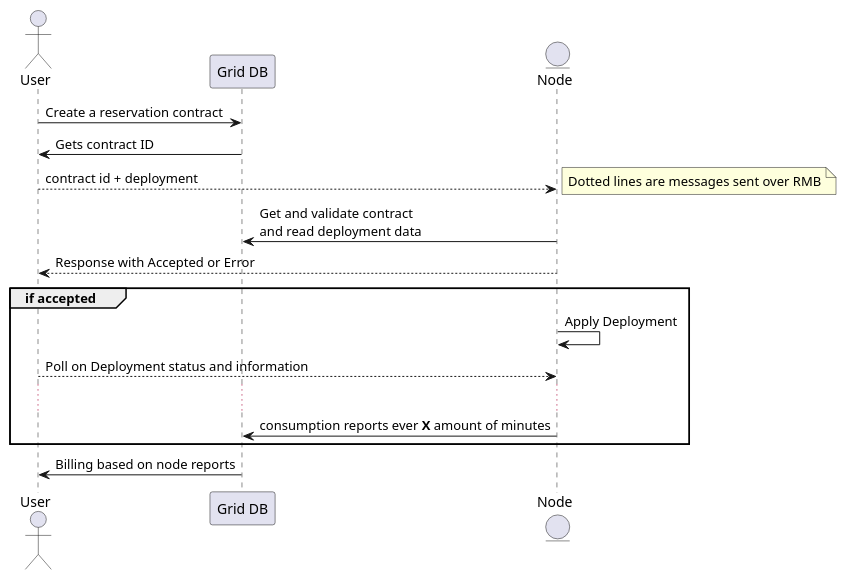
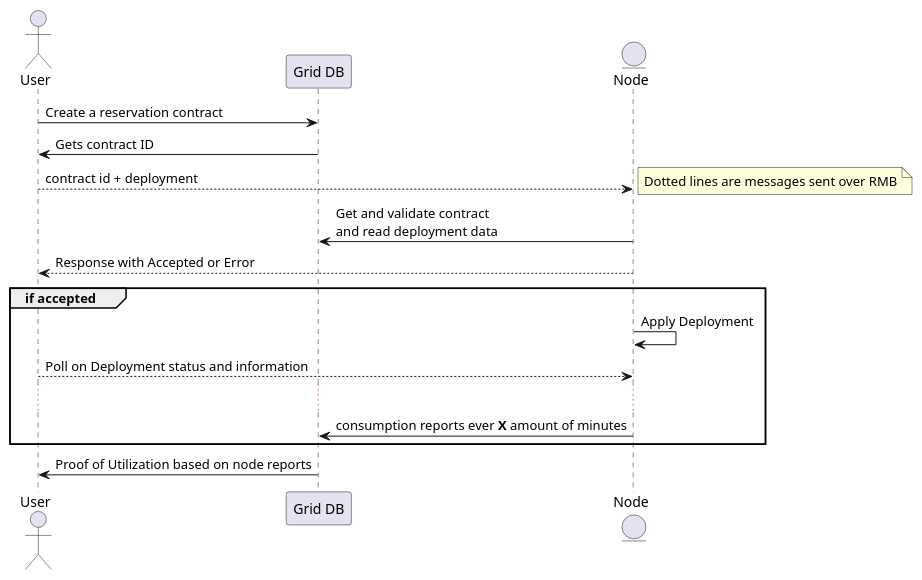
The diagram in wiki/architecture/uml/sequence.wsd (threefoldtecharchive/info_manual3), drawn with PlantUML before and after one commit. The commit also changed 9 other files, not shown here.

```diff
--- a/wiki/architecture/uml/sequence.wsd
+++ b/wiki/architecture/uml/sequence.wsd
@@ -1,21 +1,21 @@
 @startuml
 actor User as user
 participant "Grid DB" as db
 entity "Node" as node
 
 user -> db: Create a reservation contract
 db -> user: Gets contract ID
 user --> node: contract id + deployment
 note right
     Dotted lines are messages sent over RMB
 end note
 node -> db: Get and validate contract\nand read deployment data
 node --> user: Response with Accepted or Error
 group if accepted
     node -> node: Apply Deployment
     user --> node: Poll on Deployment status and information
     ...
     node -> db: consumption reports ever <b>X</b> amount of minutes
 end group
-db -> user: Billing based on node reports
+db -> user: Proof of Utilization based on node reports
 @enduml
```
